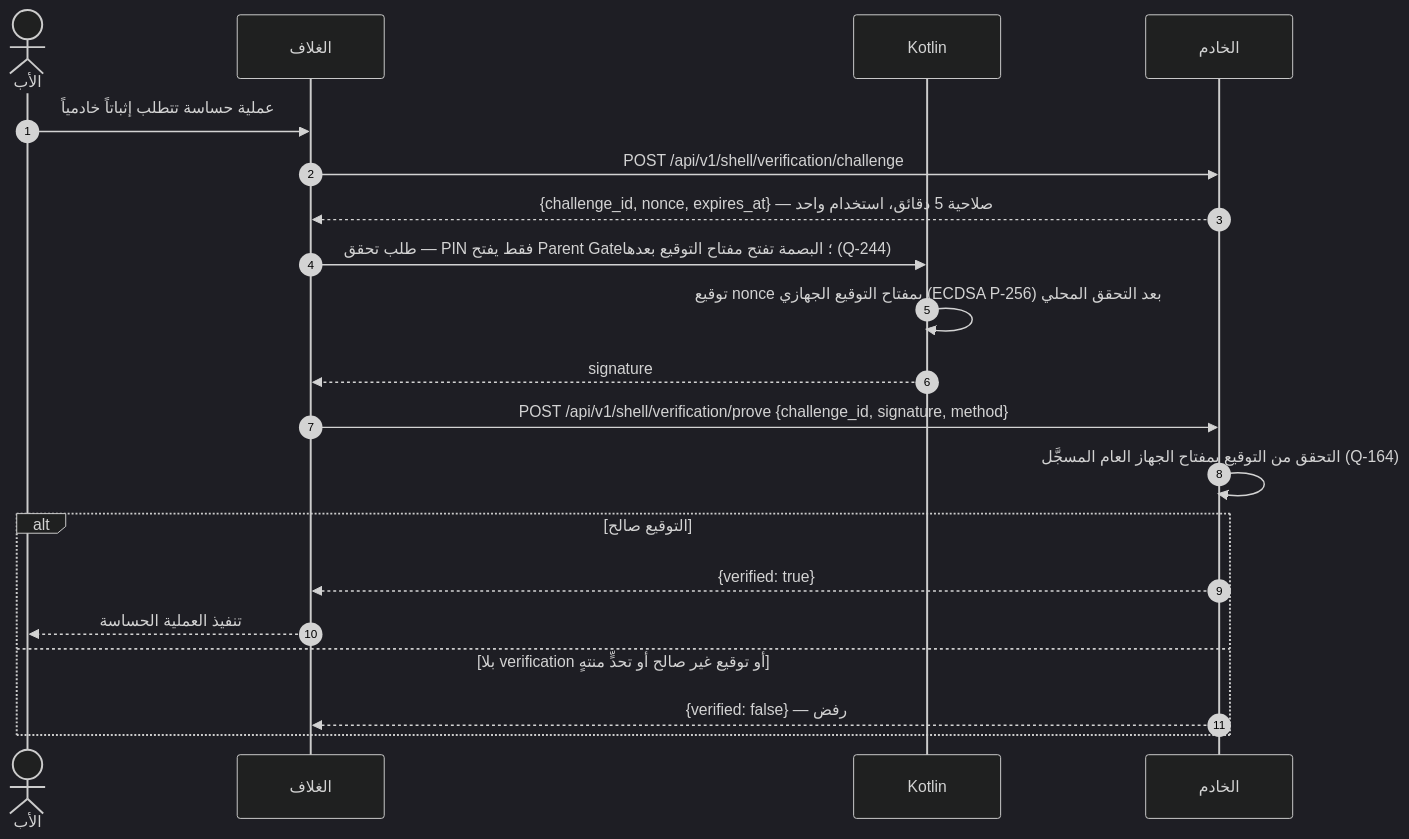
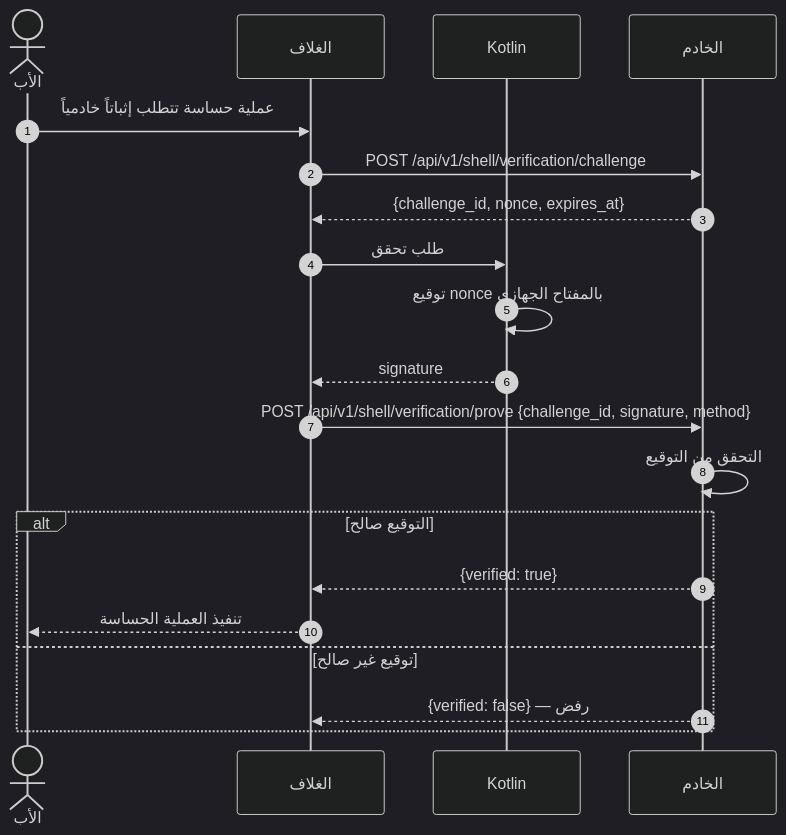
One commit to Bassam-mohammed-alqaeadi/family-os-v2 changed the eighth of 19 diagrams in docs/family-os/governance/phases/phase-1/S1-01-app-shell-and-platform/DIAGRAMS.md. Above: the diagram before and after it, drawn with Mermaid (dark theme). The commit also changed other lines of this file, not shown here.

````diff
--- a/docs/family-os/governance/phases/phase-1/S1-01-app-shell-and-platform/DIAGRAMS.md
+++ b/docs/family-os/governance/phases/phase-1/S1-01-app-shell-and-platform/DIAGRAMS.md
@@ -342,22 +357,22 @@
 ```mermaid
 sequenceDiagram
     autonumber
     actor Father as الأب
     participant Shell as الغلاف
     participant K as Kotlin
     participant Ktor as الخادم
     Father->>Shell: عملية حساسة تتطلب إثباتاً خادمياً
     Shell->>Ktor: POST /api/v1/shell/verification/challenge
-    Ktor-->>Shell: {challenge_id, nonce, expires_at} — صلاحية 5 دقائق، استخدام واحد
-    Shell->>K: طلب تحقق — PIN فقط يفتح Parent Gate؛ البصمة تفتح مفتاح التوقيع بعدها (Q-244)
-    K->>K: توقيع nonce بمفتاح التوقيع الجهازي (ECDSA P-256) بعد التحقق المحلي
+    Ktor-->>Shell: {challenge_id, nonce, expires_at}
+    Shell->>K: طلب تحقق
+    K->>K: توقيع nonce بالمفتاح الجهازي
     K-->>Shell: signature
     Shell->>Ktor: POST /api/v1/shell/verification/prove {challenge_id, signature, method}
-    Ktor->>Ktor: التحقق من التوقيع بمفتاح الجهاز العام المسجَّل (Q-164)
+    Ktor->>Ktor: التحقق من التوقيع
     alt التوقيع صالح
         Ktor-->>Shell: {verified: true}
         Shell-->>Father: تنفيذ العملية الحساسة
-    else بلا verification أو توقيع غير صالح أو تحدٍّ منتهٍ
+    else توقيع غير صالح
         Ktor-->>Shell: {verified: false} — رفض
     end
 ```
````
